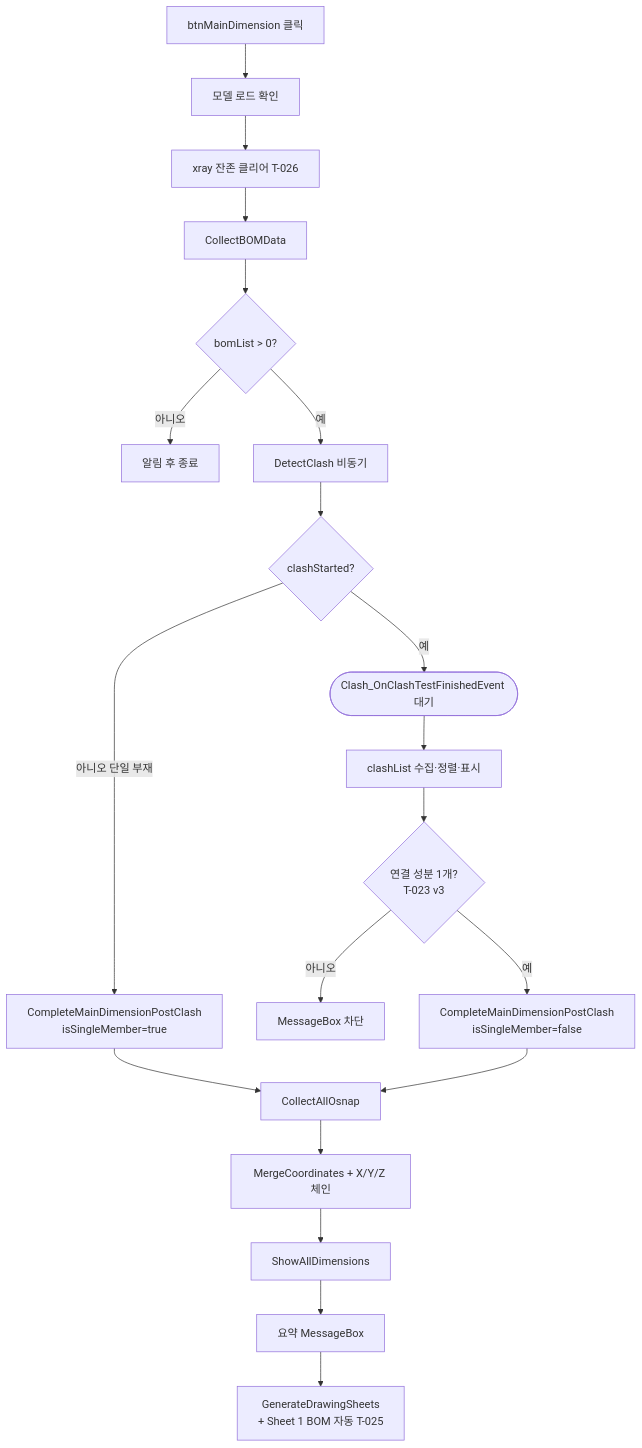
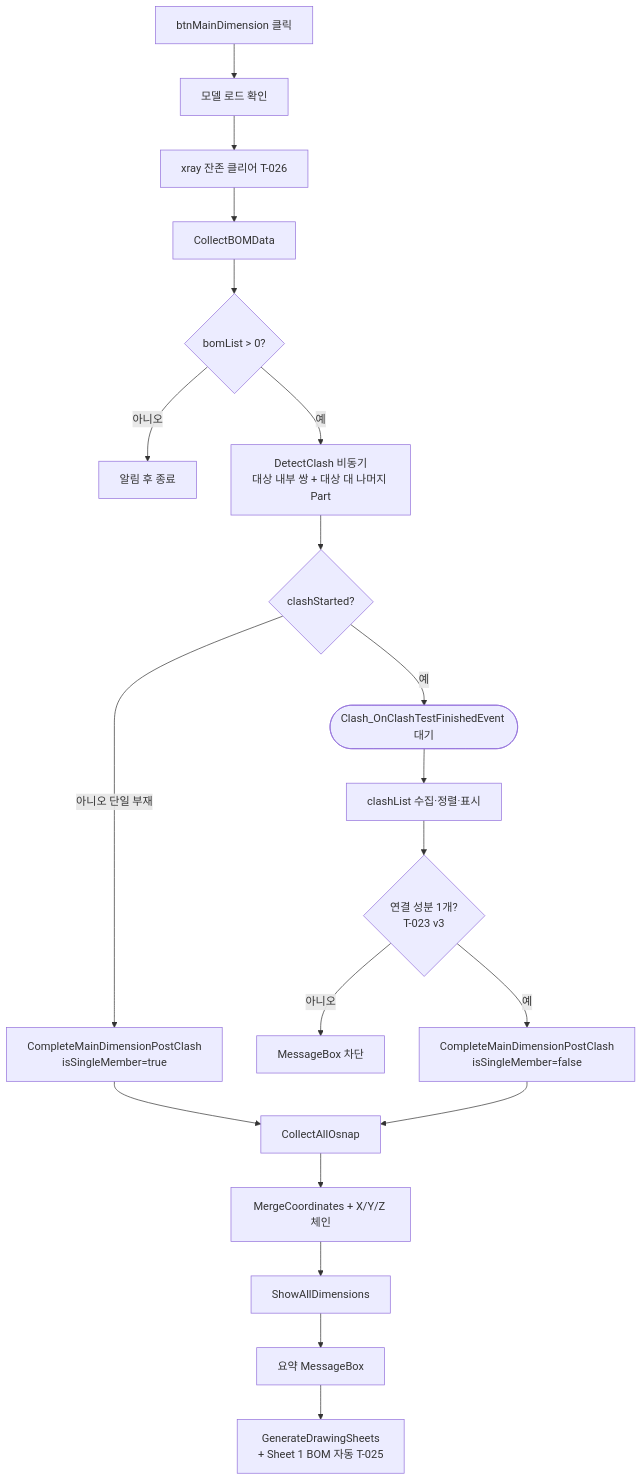
Before and after one commit to uuuuj/a2z: the first of 2 diagrams in docs/기능/BOM/메인 치수 추출.md, drawn with Mermaid. The commit also changed other lines of this file and 14 other files, not shown here.

````diff
--- a/docs/기능/BOM/메인 치수 추출.md
+++ b/docs/기능/BOM/메인 치수 추출.md
@@ -31,22 +31,22 @@
 ```mermaid
 flowchart TD
     A[btnMainDimension 클릭] --> B[모델 로드 확인]
     B --> B2[xray 잔존 클리어 T-026]
     B2 --> C[CollectBOMData]
     C --> D{bomList > 0?}
     D -- 아니오 --> E01[알림 후 종료]
-    D -- 예 --> K[DetectClash 비동기]
+    D -- 예 --> K[DetectClash 비동기<br/>대상 내부 쌍 + 대상 대 나머지 Part]
     K --> K2{clashStarted?}
     K2 -- 아니오 단일 부재 --> POST1[CompleteMainDimensionPostClash<br/>isSingleMember=true]
     K2 -- 예 --> WAIT([Clash_OnClashTestFinishedEvent 대기])
     WAIT --> CLASH[clashList 수집·정렬·표시]
     CLASH --> CONN{연결 성분 1개?<br/>T-023 v3}
     CONN -- 아니오 --> E03[MessageBox 차단]
     CONN -- 예 --> POST2[CompleteMainDimensionPostClash<br/>isSingleMember=false]
     POST1 --> OS[CollectAllOsnap]
     POST2 --> OS
     OS --> G[MergeCoordinates + X/Y/Z 체인]
     G --> SHOW[ShowAllDimensions]
     SHOW --> SUM[요약 MessageBox]
     SUM --> GEN[GenerateDrawingSheets<br/>+ Sheet 1 BOM 자동 T-025]
 ```
````
